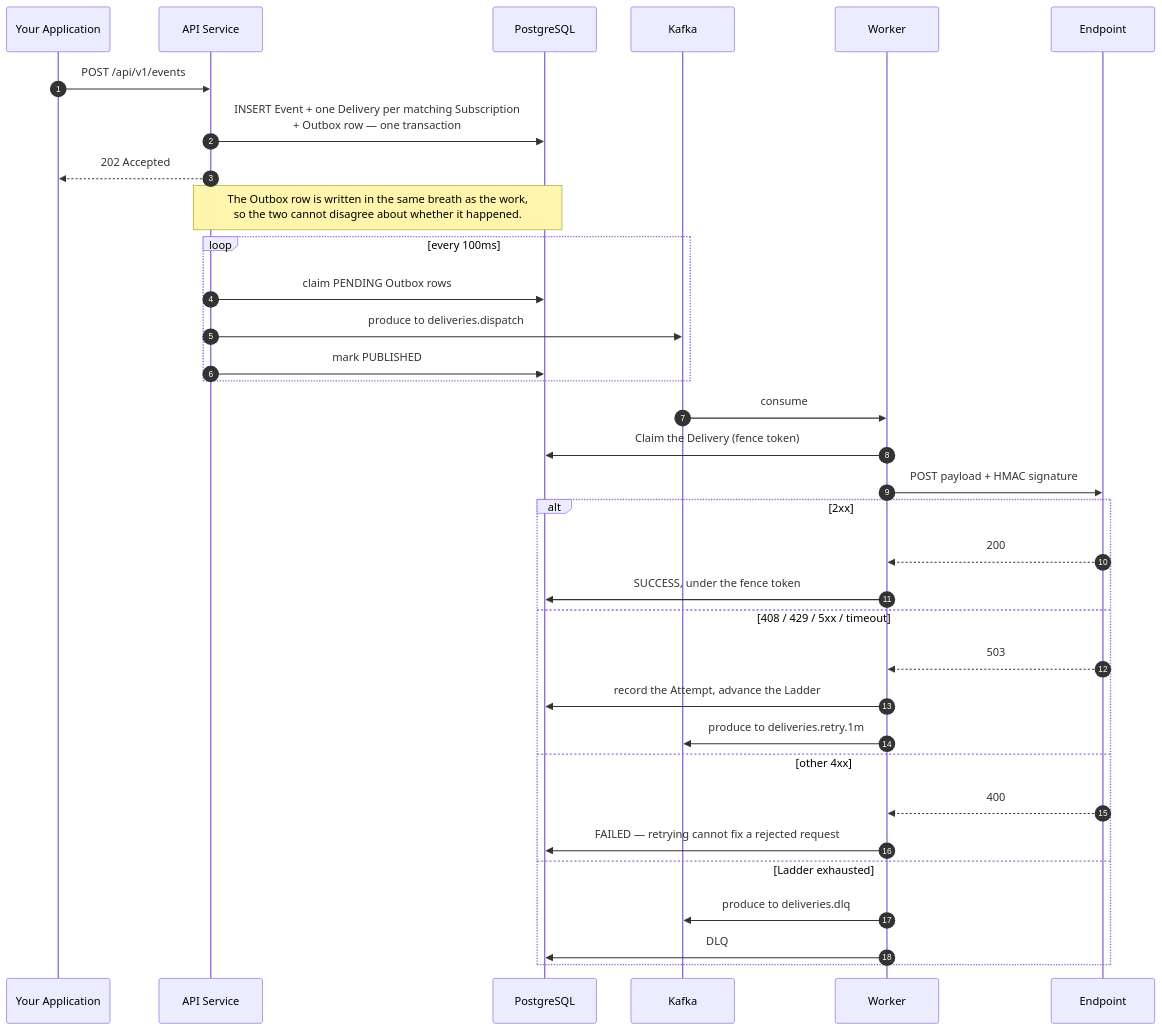
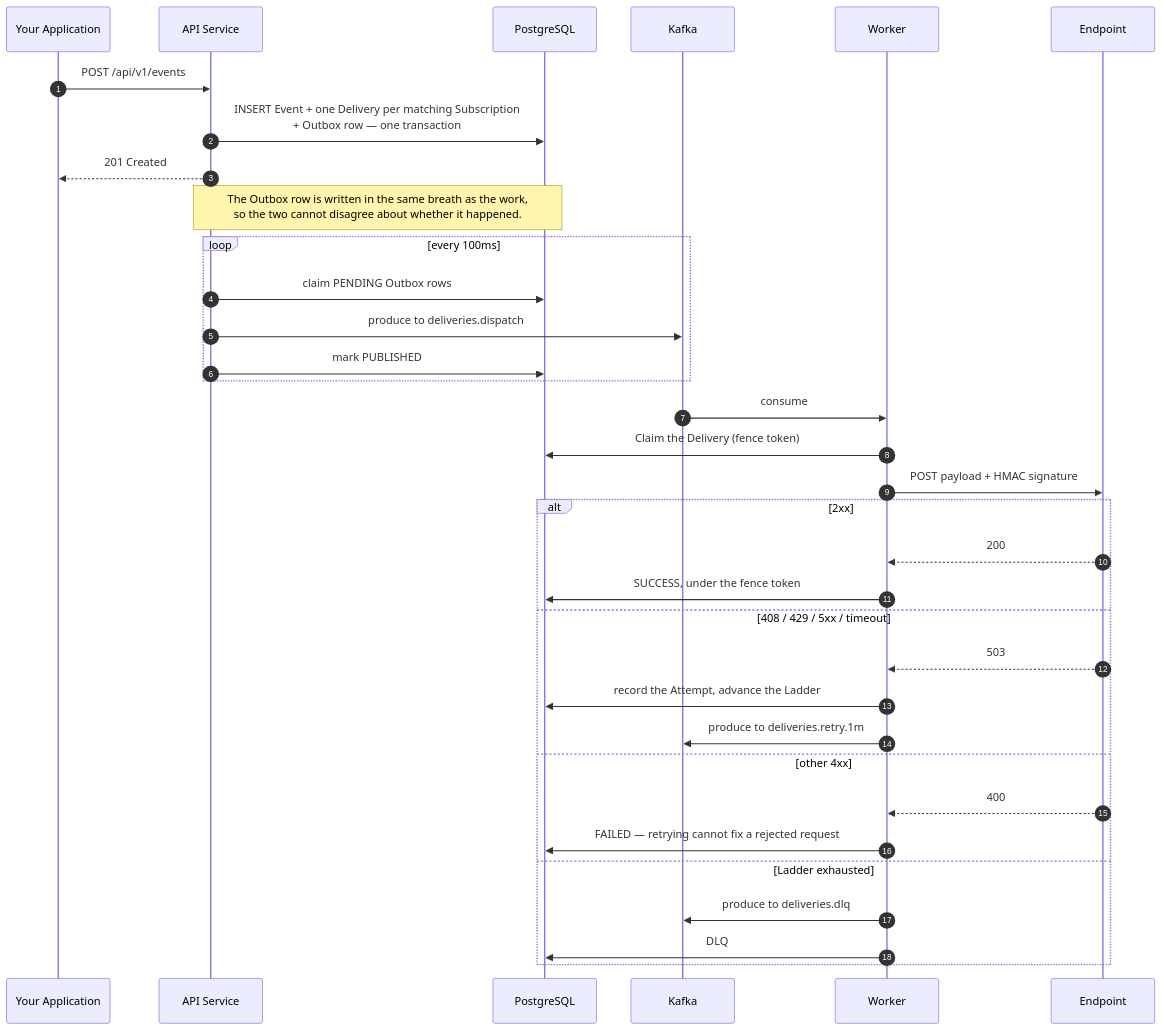
Before and after one commit to vadymkykalo/railhook: the fourth of 14 diagrams in docs/ARCHITECTURE.md, drawn with Mermaid. The commit also changed other lines of this file and 1 other file, not shown here.

Commit message:
docs: sending an event answers 201, not 202; changelog for the architecture section
Claude-Session: https://claude.ai/code/session_01LtnWnEWB32bdjCPTGyU4ds

````diff
--- a/docs/ARCHITECTURE.md
+++ b/docs/ARCHITECTURE.md
@@ -224,41 +224,41 @@
 ```mermaid
 sequenceDiagram
     autonumber
     participant App as Your Application
     participant API as API Service
     participant DB as PostgreSQL
     participant K as Kafka
     participant W as Worker
     participant EP as Endpoint
 
     App->>API: POST /api/v1/events
     API->>DB: INSERT Event + one Delivery per matching Subscription<br/>+ Outbox row — one transaction
-    API-->>App: 202 Accepted
+    API-->>App: 201 Created
 
     Note over API,DB: The Outbox row is written in the same breath as the work,<br/>so the two cannot disagree about whether it happened.
 
     loop every 100ms
         API->>DB: claim PENDING Outbox rows
         API->>K: produce to deliveries.dispatch
         API->>DB: mark PUBLISHED
     end
 
     K->>W: consume
     W->>DB: Claim the Delivery (fence token)
     W->>EP: POST payload + HMAC signature
 
     alt 2xx
         EP-->>W: 200
         W->>DB: SUCCESS, under the fence token
     else 408 / 429 / 5xx / timeout
         EP-->>W: 503
         W->>DB: record the Attempt, advance the Ladder
         W->>K: produce to deliveries.retry.1m
     else other 4xx
         EP-->>W: 400
         W->>DB: FAILED — retrying cannot fix a rejected request
     else Ladder exhausted
         W->>K: produce to deliveries.dlq
         W->>DB: DLQ
     end
 ```
````
